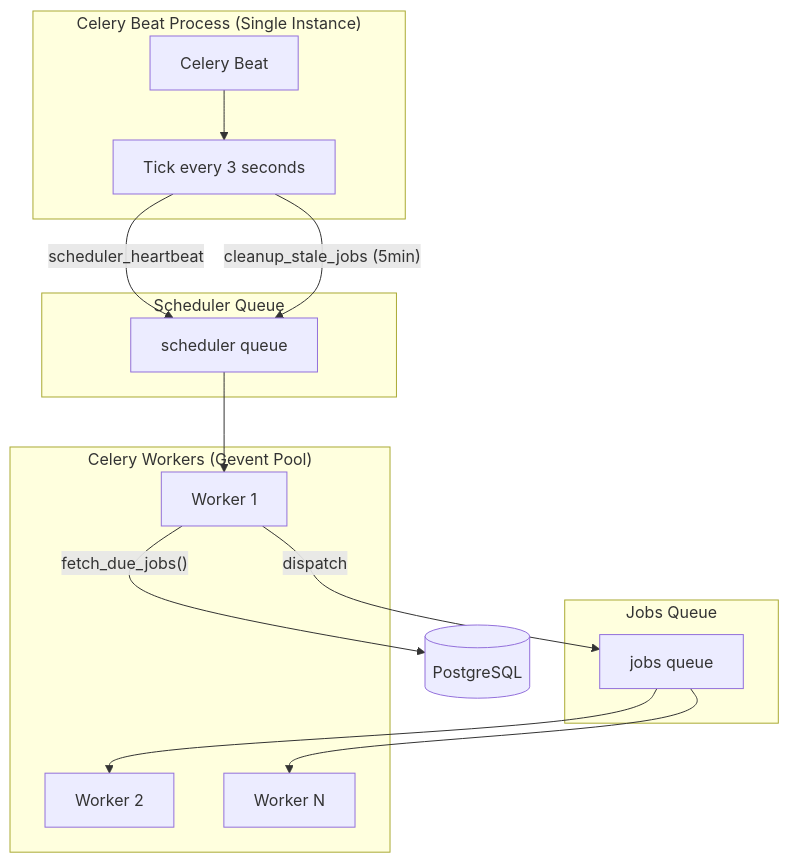
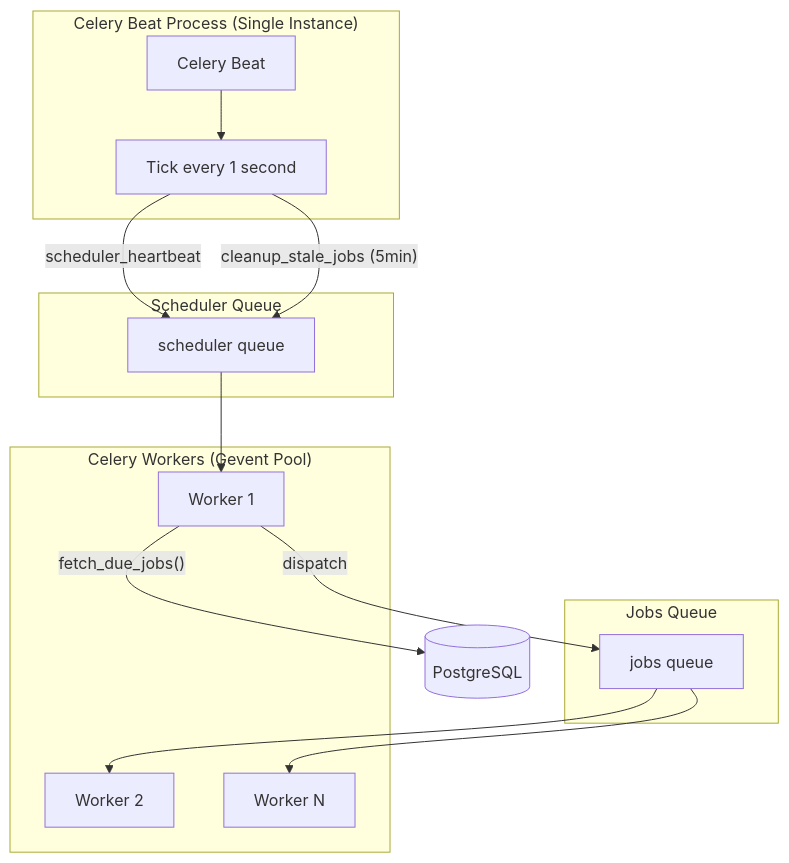
The sixth of 13 diagrams in whatsapp Graph Api/sending_templates_via_graph_api.md (om-ghante/easy-blogs), drawn with Mermaid before and after one commit. The commit also changed other lines of this file and 1 other file, not shown here.

````diff
--- a/whatsapp Graph Api/sending_templates_via_graph_api.md
+++ b/whatsapp Graph Api/sending_templates_via_graph_api.md
@@ -635,31 +660,31 @@
 ```mermaid
 flowchart TD
     subgraph "Celery Beat Process (Single Instance)"
         BEAT[Celery Beat]
-        TICK["Tick every 3 seconds"]
+        TICK["Tick every 1 second"]
         BEAT --> TICK
     end
 
     subgraph "Scheduler Queue"
         Q1[scheduler queue]
     end
 
     subgraph "Jobs Queue"
         Q2[jobs queue]
     end
 
     subgraph "Celery Workers (Gevent Pool)"
         W1[Worker 1]
         W2[Worker 2]
         WN[Worker N]
     end
 
     TICK -->|"scheduler_heartbeat"| Q1
     Q1 --> W1
     W1 -->|"fetch_due_jobs()"| DB[(PostgreSQL)]
     W1 -->|"dispatch"| Q2
     Q2 --> W2
     Q2 --> WN
 
     TICK -->|"cleanup_stale_jobs (5min)"| Q1
 ```
````
